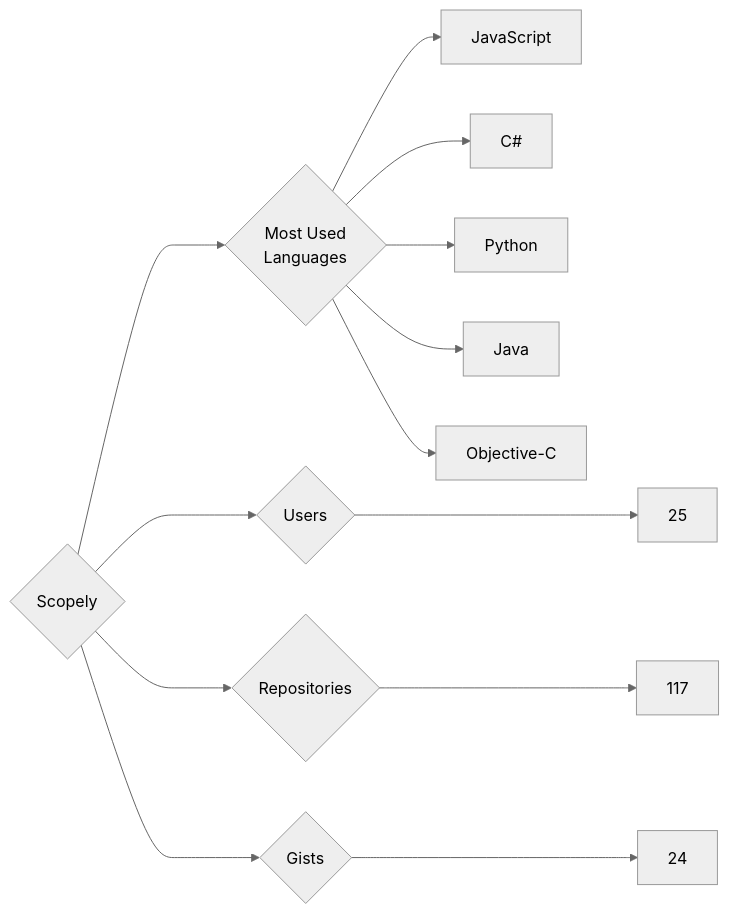
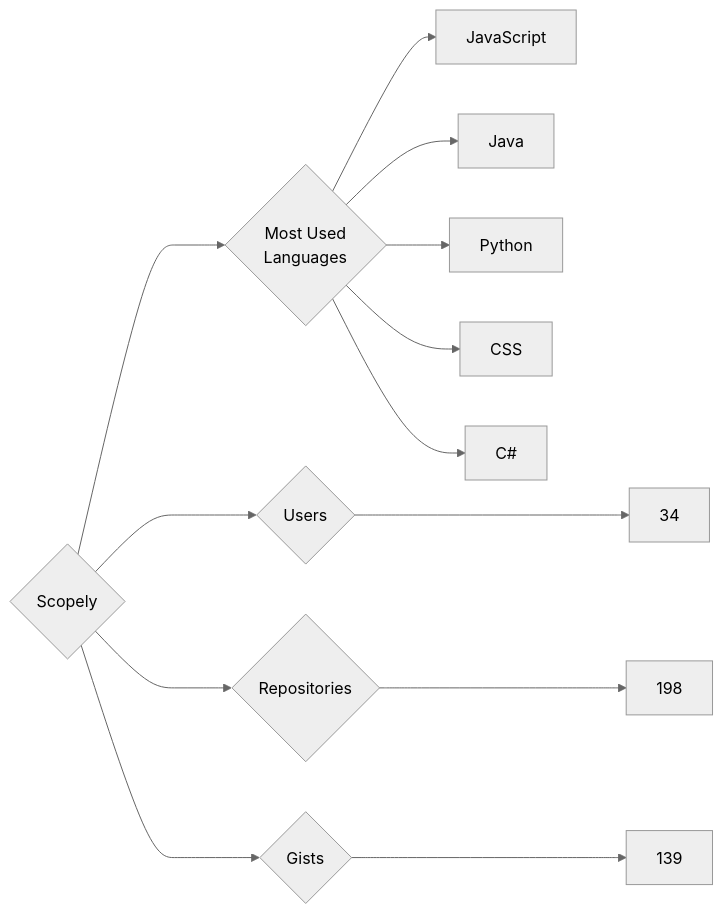
One commit to trickest/insiders changed the diagram in targets/Scopely/README.md. Above: the diagram before and after it, drawn with Mermaid (neutral theme). The commit also changed 953 other files, not shown here.

````diff
--- a/targets/Scopely/README.md
+++ b/targets/Scopely/README.md
@@ -3,13 +3,13 @@
 ```mermaid
 graph LR
 COMPANY_NAME{Scopely}
-COMPANY_NAME ---> U{Users} ---> UN[25]
-COMPANY_NAME ---> R{Repositories} ---> RN[117]
-COMPANY_NAME ---> G{Gists} ---> GN[24]
+COMPANY_NAME ---> U{Users} ---> UN[34]
+COMPANY_NAME ---> R{Repositories} ---> RN[198]
+COMPANY_NAME ---> G{Gists} ---> GN[139]
 COMPANY_NAME ---> ML{Most Used<br>Languages}
 ML --> JavaScript[JavaScript]
+ML --> Java[Java]
+ML --> Python[Python]
+ML --> CSS[CSS]
 ML --> C#[C#]
-ML --> Python[Python]
-ML --> Java[Java]
-ML --> Objective-C[Objective-C]
 ```
````
